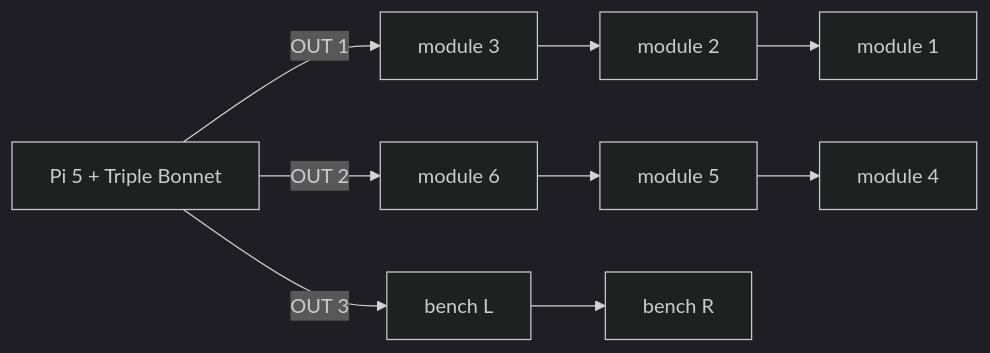
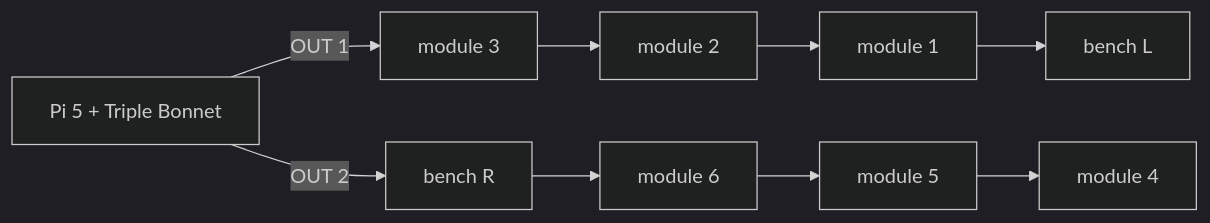
One commit to Lucanepa/point-hub changed the first of 3 diagrams in docs/diy-panel/BUILD.md. Above: the diagram before and after it, drawn with Mermaid (dark theme). The commit also changed other lines of this file and 9 other files, not shown here.

````diff
--- a/docs/diy-panel/BUILD.md
+++ b/docs/diy-panel/BUILD.md
@@ -365,6 +365,5 @@
 ```mermaid
 graph LR
-  PI["Pi 5 + Triple Bonnet"] -->|OUT 1| M3["module 3"] --> M2["module 2"] --> M1["module 1"]
-  PI -->|OUT 2| M6["module 6"] --> M5["module 5"] --> M4["module 4"]
-  PI -->|OUT 3| BL["bench L"] --> BR["bench R"]
+  PI["Pi 5 + Triple Bonnet"] -->|OUT 1| M3["module 3"] --> M2["module 2"] --> M1["module 1"] --> BL["bench L"]
+  PI -->|OUT 2| BR["bench R"] --> M6["module 6"] --> M5["module 5"] --> M4["module 4"]
 ```
````
